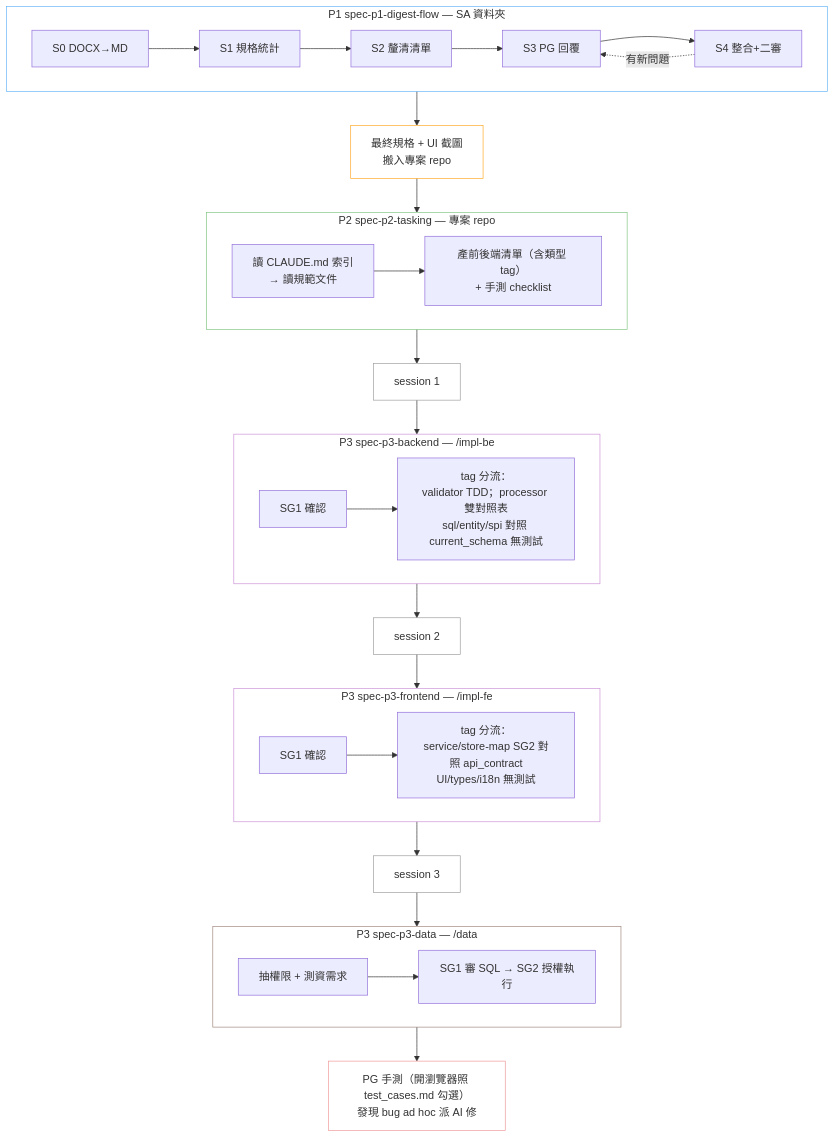
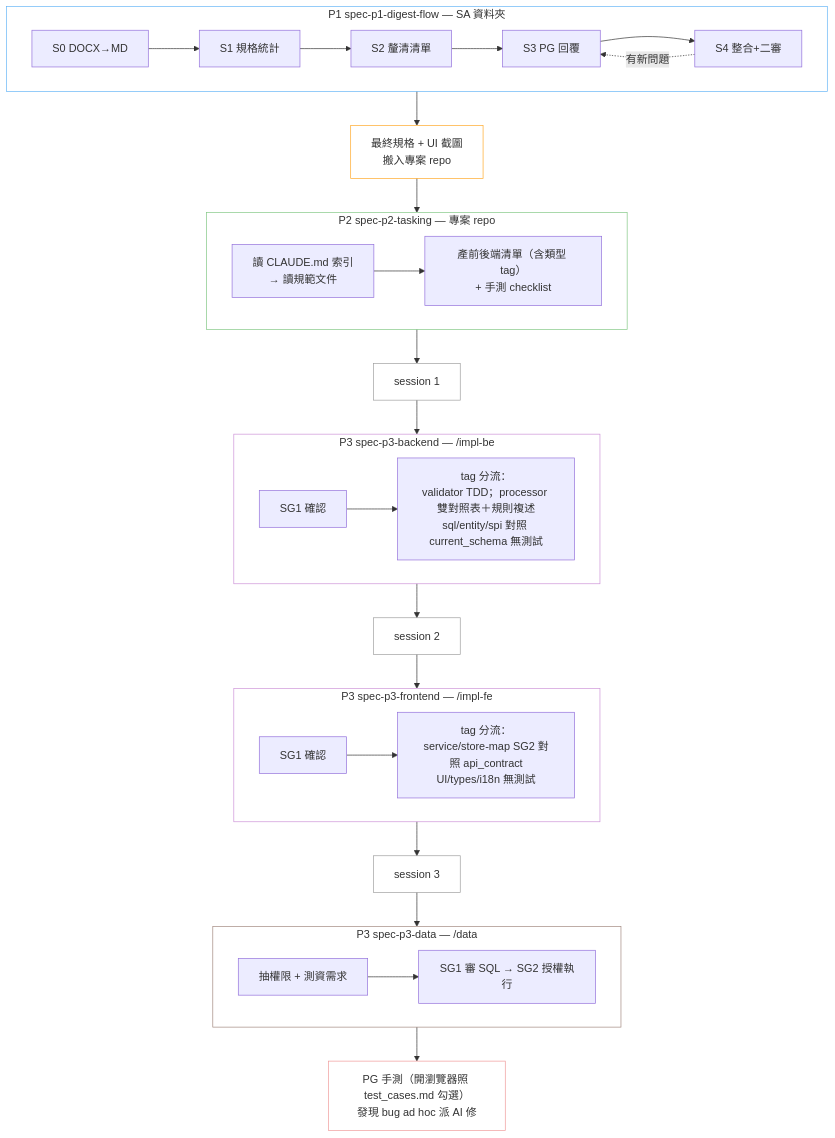
One commit to brahmsfan-soetek/AiCoding changed the diagram in README.md. Above: the diagram before and after it, drawn with Mermaid. The commit also changed other lines of this file and 19 other files, not shown here.

````diff
--- a/README.md
+++ b/README.md
@@ -40,64 +40,64 @@
 ```mermaid
 graph TD
     subgraph P1["P1 spec-p1-digest-flow — SA 資料夾"]
         direction LR
         S0["S0 DOCX→MD"]
         S1["S1 規格統計"]
         S2["S2 釐清清單"]
         S3["S3 PG 回覆"]
         S4["S4 整合+二審"]
         S0 --> S1 --> S2 --> S3 --> S4
         S4 -.有新問題.-> S3
     end
 
     HANDOFF["最終規格 + UI 截圖<br/>搬入專案 repo"]
 
     subgraph P2["P2 spec-p2-tasking — 專案 repo"]
         direction LR
         T1["讀 CLAUDE.md 索引<br/>→ 讀規範文件"]
         T2["產前後端清單（含類型 tag）<br/>+ 手測 checklist"]
         T1 --> T2
     end
 
     SESSION1["session 1"]
 
     subgraph P3BE["P3 spec-p3-backend — /impl-be"]
         direction LR
         BE1["SG1 確認"]
-        BE2["tag 分流：<br/>validator TDD；processor 雙對照表<br/>sql/entity/spi 對照 current_schema 無測試"]
+        BE2["tag 分流：<br/>validator TDD；processor 雙對照表＋規則複述<br/>sql/entity/spi 對照 current_schema 無測試"]
         BE1 --> BE2
     end
 
     SESSION2["session 2"]
 
     subgraph P3FE["P3 spec-p3-frontend — /impl-fe"]
         direction LR
         FE1["SG1 確認"]
         FE2["tag 分流：<br/>service/store-map SG2 對照 api_contract<br/>UI/types/i18n 無測試"]
         FE1 --> FE2
     end
 
     SESSION3["session 3"]
 
     subgraph P3DATA["P3 spec-p3-data — /data"]
         direction LR
         D1["抽權限 + 測資需求"]
         D2["SG1 審 SQL → SG2 授權執行"]
         D1 --> D2
     end
 
     MANUAL["PG 手測（開瀏覽器照 test_cases.md 勾選）<br/>發現 bug ad hoc 派 AI 修"]
 
     P1 --> HANDOFF --> P2 --> SESSION1 --> P3BE --> SESSION2 --> P3FE --> SESSION3 --> P3DATA --> MANUAL
 
     style P1 fill:none,stroke:#64b5f6
     style HANDOFF fill:none,stroke:#ffa726
     style P2 fill:none,stroke:#81c784
     style SESSION1 fill:none,stroke:#9e9e9e
     style P3BE fill:none,stroke:#ce93d8
     style SESSION2 fill:none,stroke:#9e9e9e
     style P3FE fill:none,stroke:#ce93d8
     style SESSION3 fill:none,stroke:#9e9e9e
     style P3DATA fill:none,stroke:#a1887f
     style MANUAL fill:none,stroke:#ef9a9a
 ```
````
